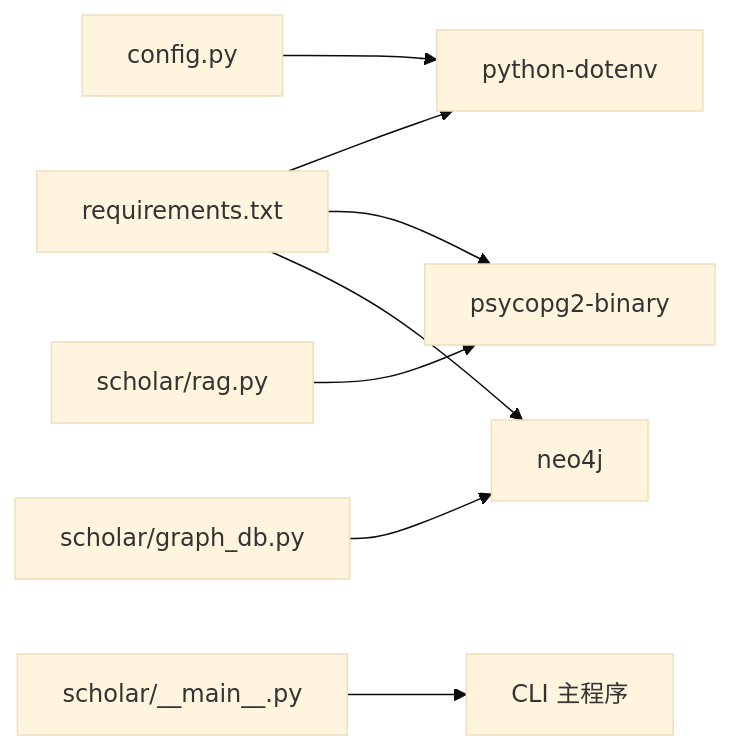
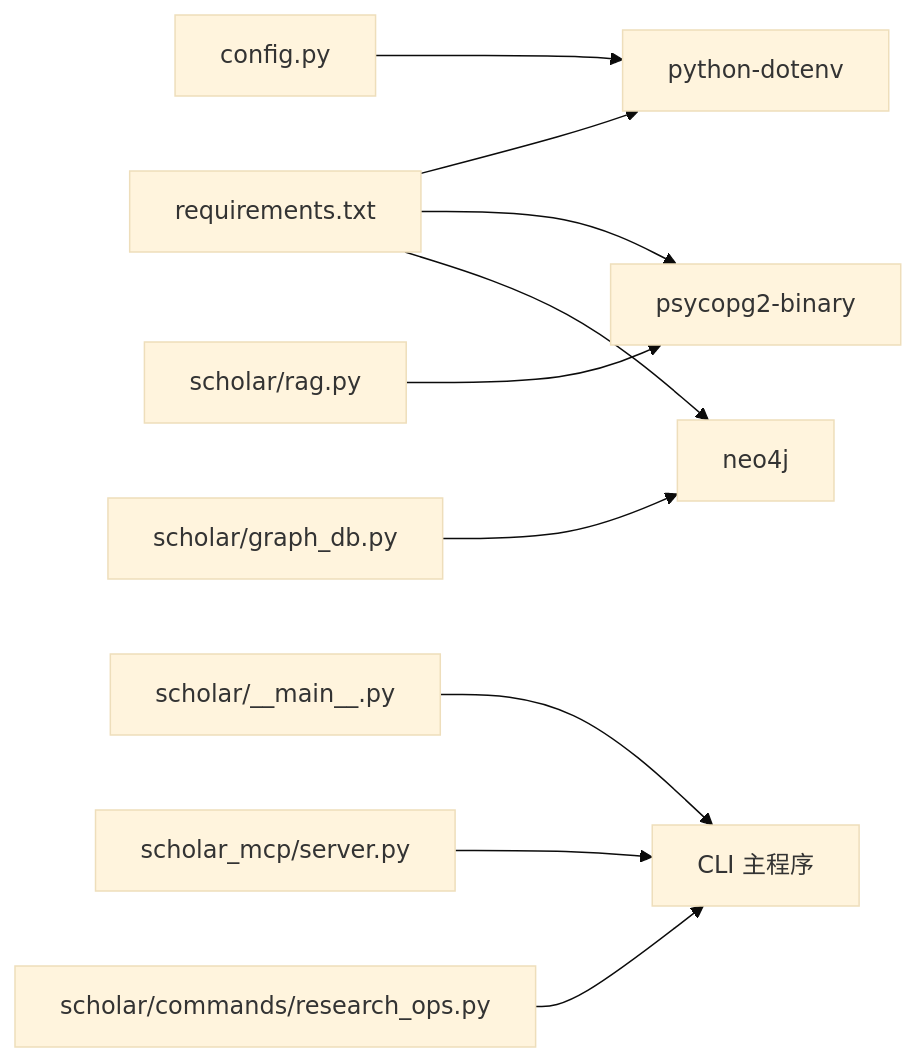
The eighth of 8 diagrams in .qoder/repowiki/zh/content/Python后端系统/配置管理系统.md (1173591564/academic-based-qoder), drawn with Mermaid (base theme) before and after one commit. The commit also changed other lines of this file and 68 other files, not shown here.

````diff
--- a/.qoder/repowiki/zh/content/Python后端系统/配置管理系统.md
+++ b/.qoder/repowiki/zh/content/Python后端系统/配置管理系统.md
@@ -299,10 +344,12 @@
 ```mermaid
 graph LR
 REQ["requirements.txt"] --> DOTENV["python-dotenv"]
 REQ --> PSYC["psycopg2-binary"]
 REQ --> NEO["neo4j"]
 CFG["config.py"] --> DOTENV
 RAG["scholar/rag.py"] --> PSYC
 GRAPH["scholar/graph_db.py"] --> NEO
 MAIN["scholar/__main__.py"] --> CLI["CLI 主程序"]
+MCP["scholar_mcp/server.py"] --> CLI
+RESEARCH["scholar/commands/research_ops.py"] --> CLI
 ```
````
